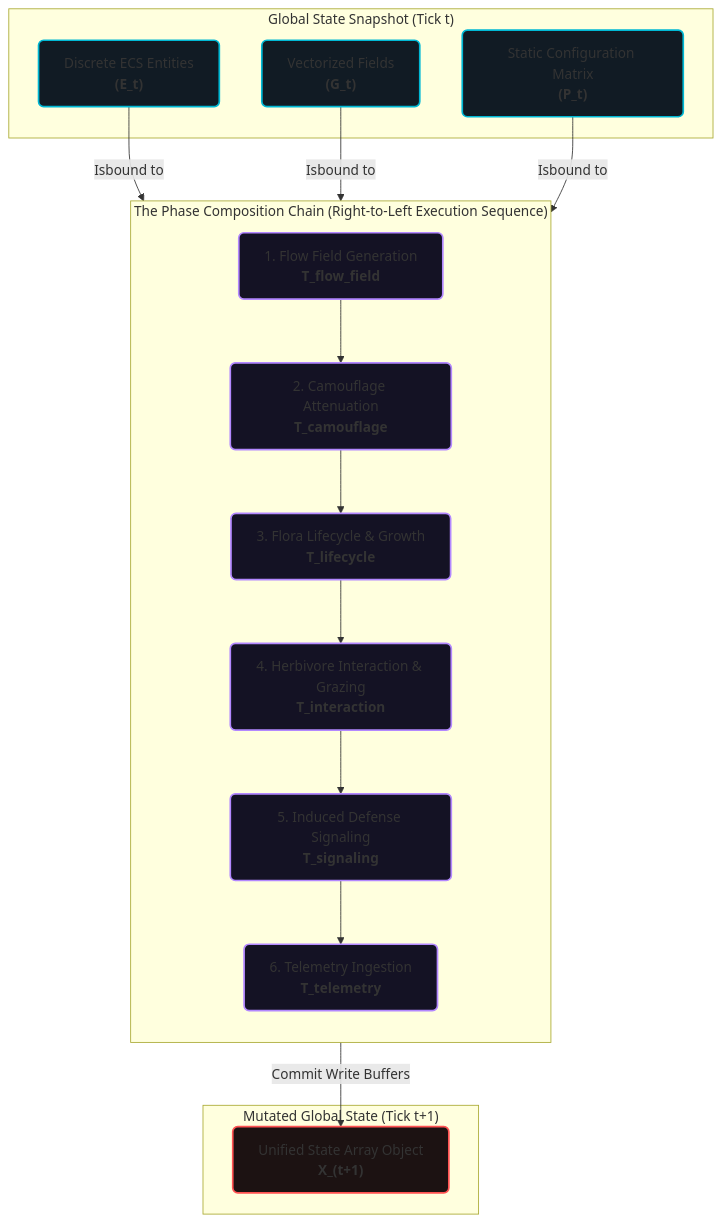
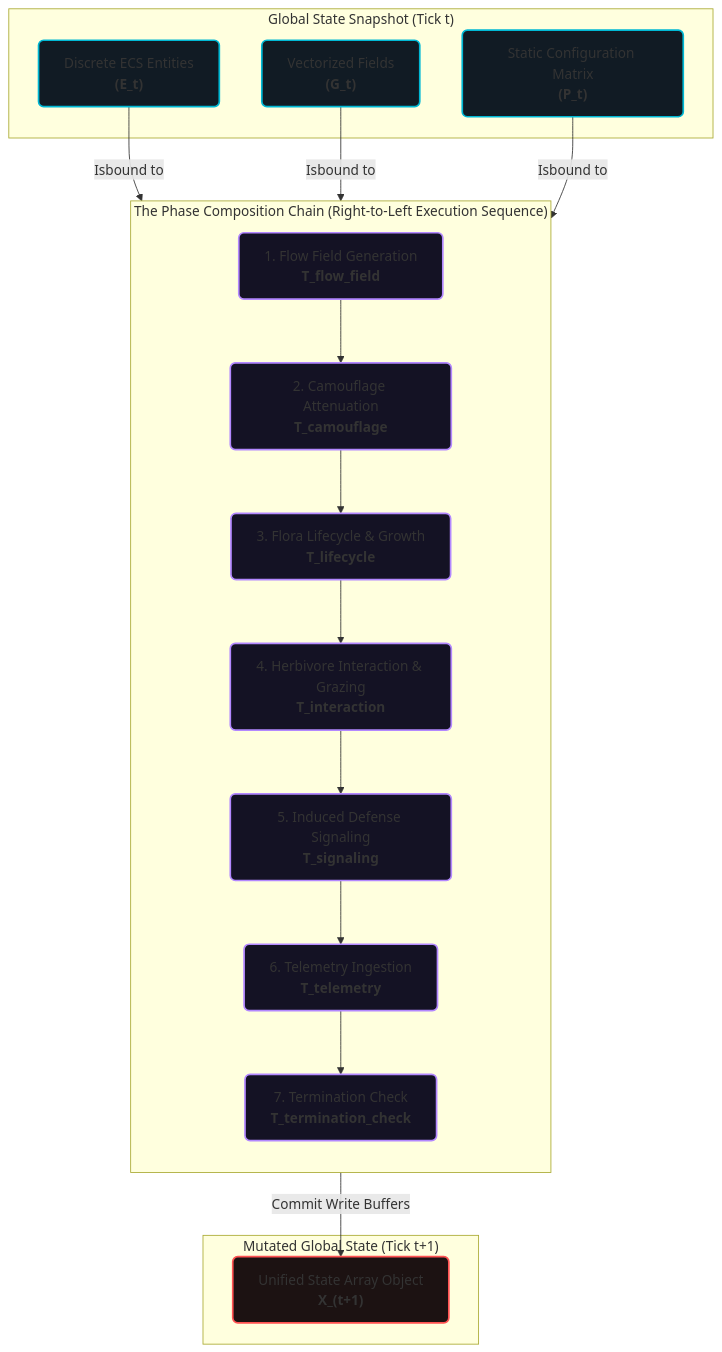
The diagram in docs/scientific_model/mathematical_framework.md (foersben/PHIDS), drawn with Mermaid before and after one commit. The commit also changed other lines of this file and 6 other files, not shown here.

````diff
--- a/docs/scientific_model/mathematical_framework.md
+++ b/docs/scientific_model/mathematical_framework.md
@@ -35,40 +35,41 @@
 ```mermaid
 flowchart TD
     %% Global State Ingress
     subgraph State_In ["Global State Snapshot (Tick t)"]
         E_t["Discrete ECS Entities<br><b>(E_t)</b>"]
         G_t["Vectorized Fields<br><b>(G_t)</b>"]
         P_t["Static Configuration Matrix<br><b>(P_t)</b>"]
     end
 
     %% Operator Pipeline Sequence
     subgraph Pipeline ["The Phase Composition Chain (Right-to-Left Execution Sequence)"]
         direction TB
         T1["1. Flow Field Generation<br><b>T_flow_field</b>"]
         T2["2. Camouflage Attenuation<br><b>T_camouflage</b>"]
         T3["3. Flora Lifecycle & Growth<br><b>T_lifecycle</b>"]
         T4["4. Herbivore Interaction & Grazing<br><b>T_interaction</b>"]
         T5["5. Induced Defense Signaling<br><b>T_signaling</b>"]
         T6["6. Telemetry Ingestion<br><b>T_telemetry</b>"]
+        T7["7. Termination Check<br><b>T_termination_check</b>"]
     end
 
     %% Global State Egress
     subgraph State_Out ["Mutated Global State (Tick t+1)"]
         X_next["Unified State Array Object<br><b>X_(t+1)</b>"]
     end
 
     %% Spatial Distribution Links
     E_t & G_t & P_t -->|Isbound to| T1
-    T1 --> T2 --> T3 --> T4 --> T5 --> T6
-    T6 -->|Commit Write Buffers| X_next
+    T1 --> T2 --> T3 --> T4 --> T5 --> T6 --> T7
+    T7 -->|Commit Write Buffers| X_next
 
     %% Visual Styling Classes
     classDef stateData fill:#111b24,stroke:#00b8d4,stroke-width:2px,rx:6px,ry:6px;
     classDef coreSys fill:#141224,stroke:#b388ff,stroke-width:2px,rx:6px,ry:6px;
     classDef coreState fill:#1c1212,stroke:#ff5252,stroke-width:2px,rx:6px,ry:6px;
 
     class E_t,G_t stateData
     class P_t stateData
-    class T1,T2,T3,T4,T5,T6 coreSys
+    class T1,T2,T3,T4,T5,T6,T7 coreSys
     class X_next coreState
 ```
````
